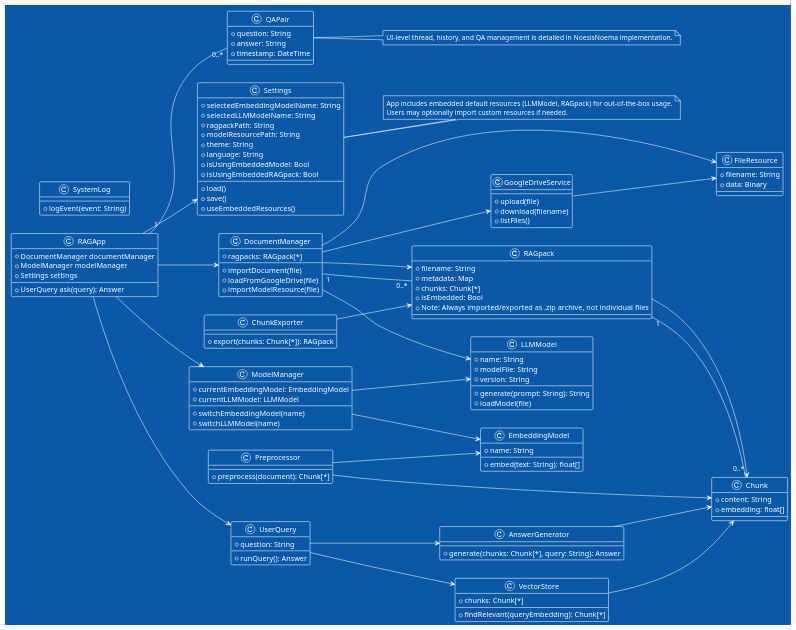
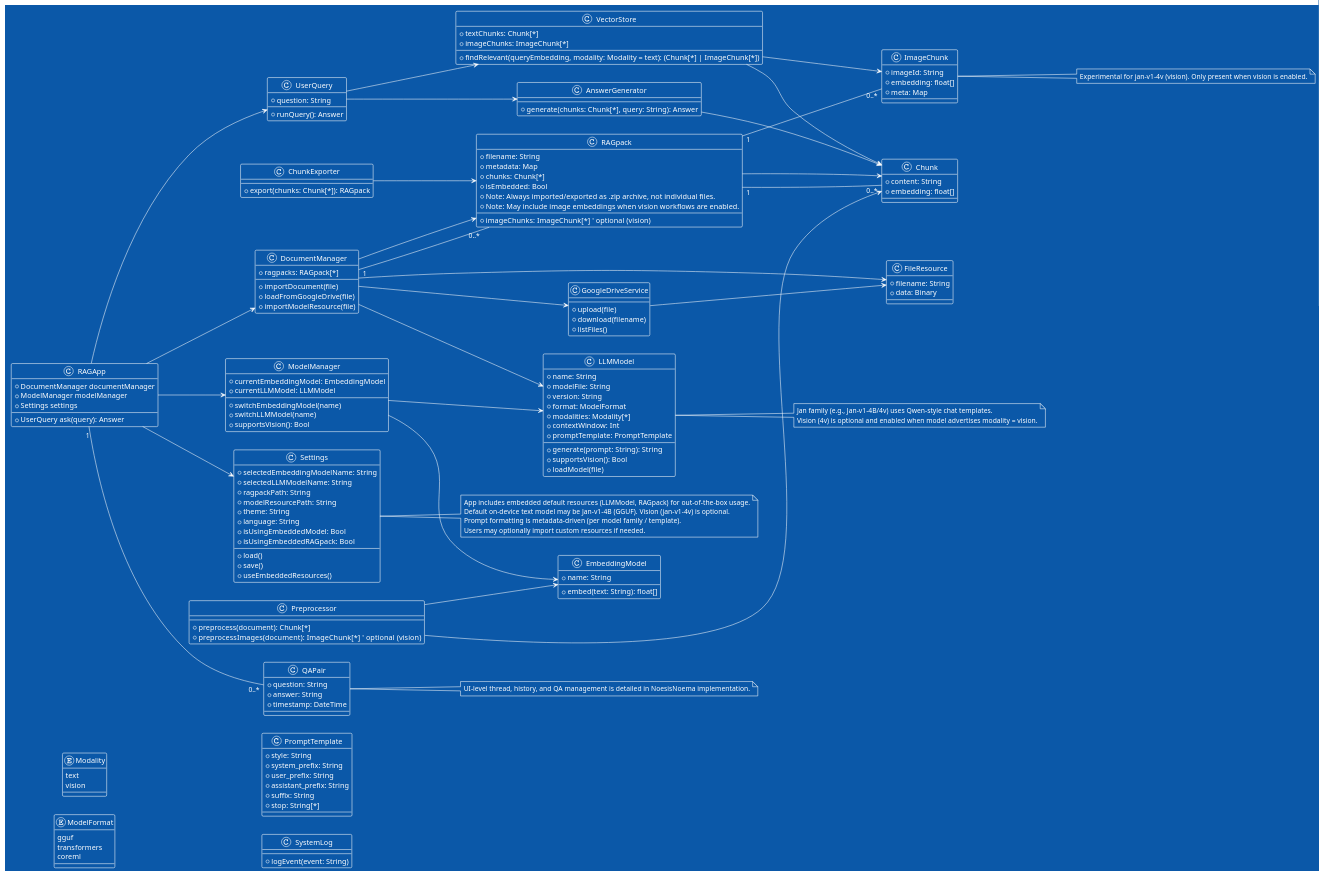
Before and after one commit to raskolnikoff/RAGfish: the diagram in docs/uml/ClassDiagram.puml, drawn with PlantUML. The commit also changed 15 other files, not shown here.

```diff
--- a/docs/uml/ClassDiagram.puml
+++ b/docs/uml/ClassDiagram.puml
@@ -1,149 +1,195 @@
 @startuml
 !theme amiga
 left to right direction
+
+'=== Shared types / enums ===
+enum Modality {
+    text
+    vision
+}
+enum ModelFormat {
+    gguf
+    transformers
+    coreml
+}
+class PromptTemplate {
+    +style: String
+    +system_prefix: String
+    +user_prefix: String
+    +assistant_prefix: String
+    +suffix: String
+    +stop: String[*]
+}
 
 '=== iOS App Layer ===
 class RAGApp {
     +DocumentManager documentManager
     +ModelManager modelManager
     +Settings settings
     +UserQuery ask(query): Answer
 }
 
 class DocumentManager {
     +importDocument(file)
     +loadFromGoogleDrive(file)
     +importModelResource(file)
     +ragpacks: RAGpack[*]
 }
 
 class RAGpack {
     +filename: String
     +metadata: Map
     +chunks: Chunk[*]
+    +imageChunks: ImageChunk[*]  ' optional (vision)
     +isEmbedded: Bool
-    +Note: Always imported/exported as .zip archive, not individual files
+    +Note: Always imported/exported as .zip archive, not individual files.
+    +Note: May include image embeddings when vision workflows are enabled.
 }
 
 class Chunk {
     +content: String
     +embedding: float[]
 }
 
+class ImageChunk {
+    +imageId: String
+    +embedding: float[]
+    +meta: Map
+}
+note right of ImageChunk
+Experimental for jan‑v1‑4v (vision). Only present when vision is enabled.
+end note
+
 class VectorStore {
-    +chunks: Chunk[*]
-    +findRelevant(queryEmbedding): Chunk[*]
+    +textChunks: Chunk[*]
+    +imageChunks: ImageChunk[*]
+    +findRelevant(queryEmbedding, modality: Modality = text): (Chunk[*] | ImageChunk[*])
 }
 
 class UserQuery {
     +question: String
     +runQuery(): Answer
 }
 
 class AnswerGenerator {
     +generate(chunks: Chunk[*], query: String): Answer
 }
 
 class ModelManager {
     +currentEmbeddingModel: EmbeddingModel
     +currentLLMModel: LLMModel
     +switchEmbeddingModel(name)
     +switchLLMModel(name)
+    +supportsVision(): Bool
 }
 
 class QAPair {
     +question: String
     +answer: String
     +timestamp: DateTime
 }
 
 '=== Settings manages only the essential configuration for the app. ===
 class Settings {
     +selectedEmbeddingModelName: String
     +selectedLLMModelName: String
     +ragpackPath: String
     +modelResourcePath: String
     +theme: String
     +language: String
     +load()
     +save()
     +isUsingEmbeddedModel: Bool
     +isUsingEmbeddedRAGpack: Bool
     +useEmbeddedResources()
 }
 note right of Settings
 App includes embedded default resources (LLMModel, RAGpack) for out-of-the-box usage.
+Default on-device text model may be Jan‑v1‑4B (GGUF). Vision (jan‑v1‑4v) is optional.
+Prompt formatting is metadata-driven (per model family / template).
 Users may optionally import custom resources if needed.
 end note
 
 note right of QAPair
 UI-level thread, history, and QA management is detailed in NoesisNoema implementation.
 end note
 
 '=== Model Pipeline Layer ===
 class Preprocessor {
     +preprocess(document): Chunk[*]
+    +preprocessImages(document): ImageChunk[*]   ' optional (vision)
 }
 
 class EmbeddingModel {
     +name: String
     +embed(text: String): float[]
 }
 
 class LLMModel {
     +name: String
     +modelFile: String
     +version: String
+    +format: ModelFormat
+    +modalities: Modality[*]
+    +contextWindow: Int
+    +promptTemplate: PromptTemplate
     +generate(prompt: String): String
+    +supportsVision(): Bool
     +loadModel(file)
 }
+note right of LLMModel
+Jan family (e.g., Jan‑v1‑4B/4v) uses Qwen‑style chat templates.
+Vision (4v) is optional and enabled when model advertises modality = vision.
+end note
 
 class ChunkExporter {
     +export(chunks: Chunk[*]): RAGpack
 }
 
 '=== Storage / External Services ===
 class GoogleDriveService {
     +upload(file)
     +download(filename)
     +listFiles()
 }
 
 class FileResource {
     +filename: String
     +data: Binary
 }
 
 '=== Admin ===
 class SystemLog {
     +logEvent(event: String)
 }
 
 '=== Relations with multiplicity ===
 DocumentManager "1" -- "0..*" RAGpack
 RAGpack "1" -- "0..*" Chunk
+RAGpack "1" -- "0..*" ImageChunk
 RAGApp "1" -- "0..*" QAPair
 
 '=== Relations ===
 RAGApp --> DocumentManager
 RAGApp --> ModelManager
 RAGApp --> Settings
 RAGApp --> UserQuery
 DocumentManager --> RAGpack
 RAGpack --> Chunk
 DocumentManager --> GoogleDriveService
-'Import/download only; export/upload not included unless extended later
+' Google Drive import is optional; local/CLI first
 DocumentManager --> FileResource
 DocumentManager --> LLMModel
 UserQuery --> VectorStore
 VectorStore --> Chunk
+VectorStore --> ImageChunk
 UserQuery --> AnswerGenerator
 AnswerGenerator --> Chunk
 ModelManager --> EmbeddingModel
 ModelManager --> LLMModel
 Preprocessor --> EmbeddingModel
 Preprocessor --> Chunk
 ChunkExporter --> RAGpack
 GoogleDriveService --> FileResource
 
 @enduml
```
